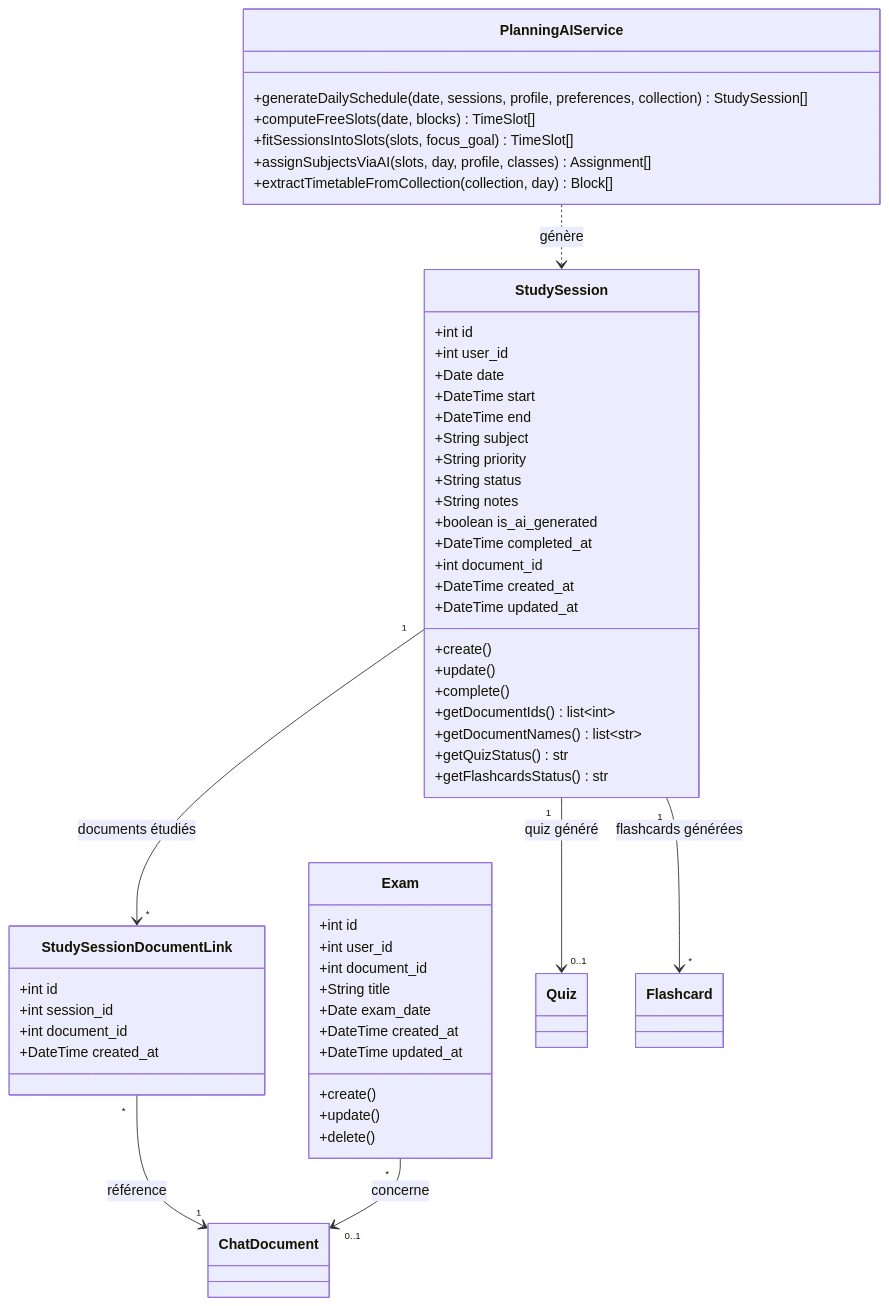
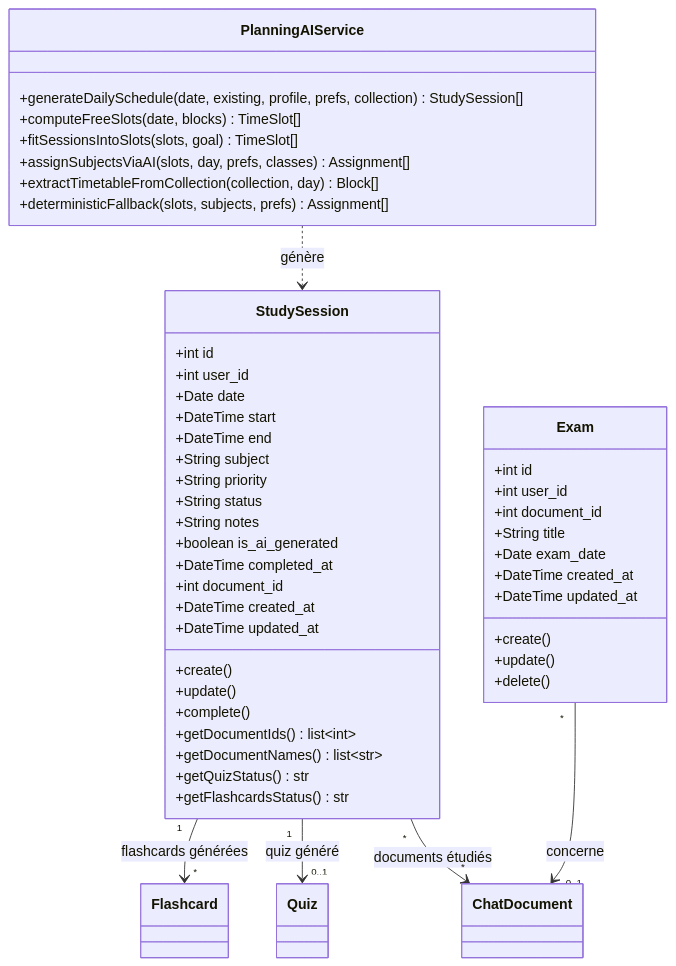
The fifth of 7 diagrams in docs/Conception_DiagrammeClasses.md (Jkacem/smart_focus), drawn with Mermaid before and after one commit. The commit also changed other lines of this file and 93 other files, not shown here.

````diff
--- a/docs/Conception_DiagrammeClasses.md
+++ b/docs/Conception_DiagrammeClasses.md
@@ -618,61 +414,54 @@
 ```mermaid
 classDiagram
     class StudySession {
         +int id
         +int user_id
         +Date date
         +DateTime start
         +DateTime end
         +String subject
         +String priority
         +String status
         +String notes
         +boolean is_ai_generated
         +DateTime completed_at
         +int document_id
         +DateTime created_at
         +DateTime updated_at
         +create()
         +update()
         +complete()
         +getDocumentIds() list~int~
         +getDocumentNames() list~str~
         +getQuizStatus() str
         +getFlashcardsStatus() str
     }
 
     class Exam {
         +int id
         +int user_id
         +int document_id
         +String title
         +Date exam_date
         +DateTime created_at
         +DateTime updated_at
         +create()
         +update()
         +delete()
     }
 
-    class StudySessionDocumentLink {
-        +int id
-        +int session_id
-        +int document_id
-        +DateTime created_at
+    class PlanningAIService {
+        +generateDailySchedule(date, existing, profile, prefs, collection) StudySession[]
+        +computeFreeSlots(date, blocks) TimeSlot[]
+        +fitSessionsIntoSlots(slots, goal) TimeSlot[]
+        +assignSubjectsViaAI(slots, day, prefs, classes) Assignment[]
+        +extractTimetableFromCollection(collection, day) Block[]
+        +deterministicFallback(slots, subjects, prefs) Assignment[]
     }
 
-    class PlanningAIService {
-        +generateDailySchedule(date, sessions, profile, preferences, collection) StudySession[]
-        +computeFreeSlots(date, blocks) TimeSlot[]
-        +fitSessionsIntoSlots(slots, focus_goal) TimeSlot[]
-        +assignSubjectsViaAI(slots, day, profile, classes) Assignment[]
-        +extractTimetableFromCollection(collection, day) Block[]
-    }
-
-    StudySession "1" --> "*" StudySessionDocumentLink : documents étudiés
-    StudySessionDocumentLink "*" --> "1" ChatDocument : référence
+    StudySession "*" --> "*" ChatDocument : documents étudiés
     StudySession "1" --> "0..1" Quiz : quiz généré
     StudySession "1" --> "*" Flashcard : flashcards générées
     Exam "*" --> "0..1" ChatDocument : concerne
     PlanningAIService ..> StudySession : génère
 ```
````
